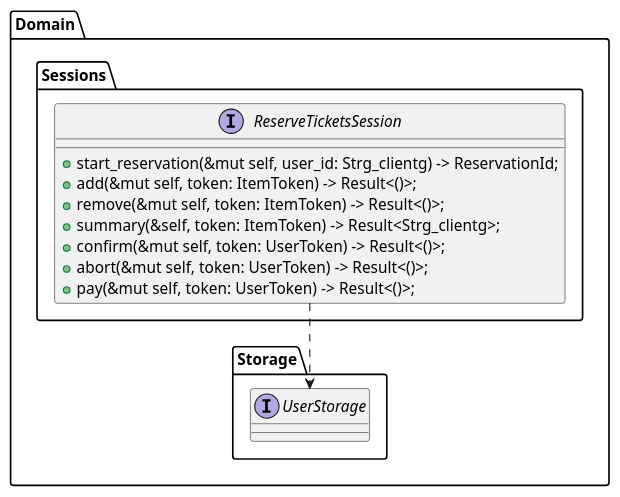
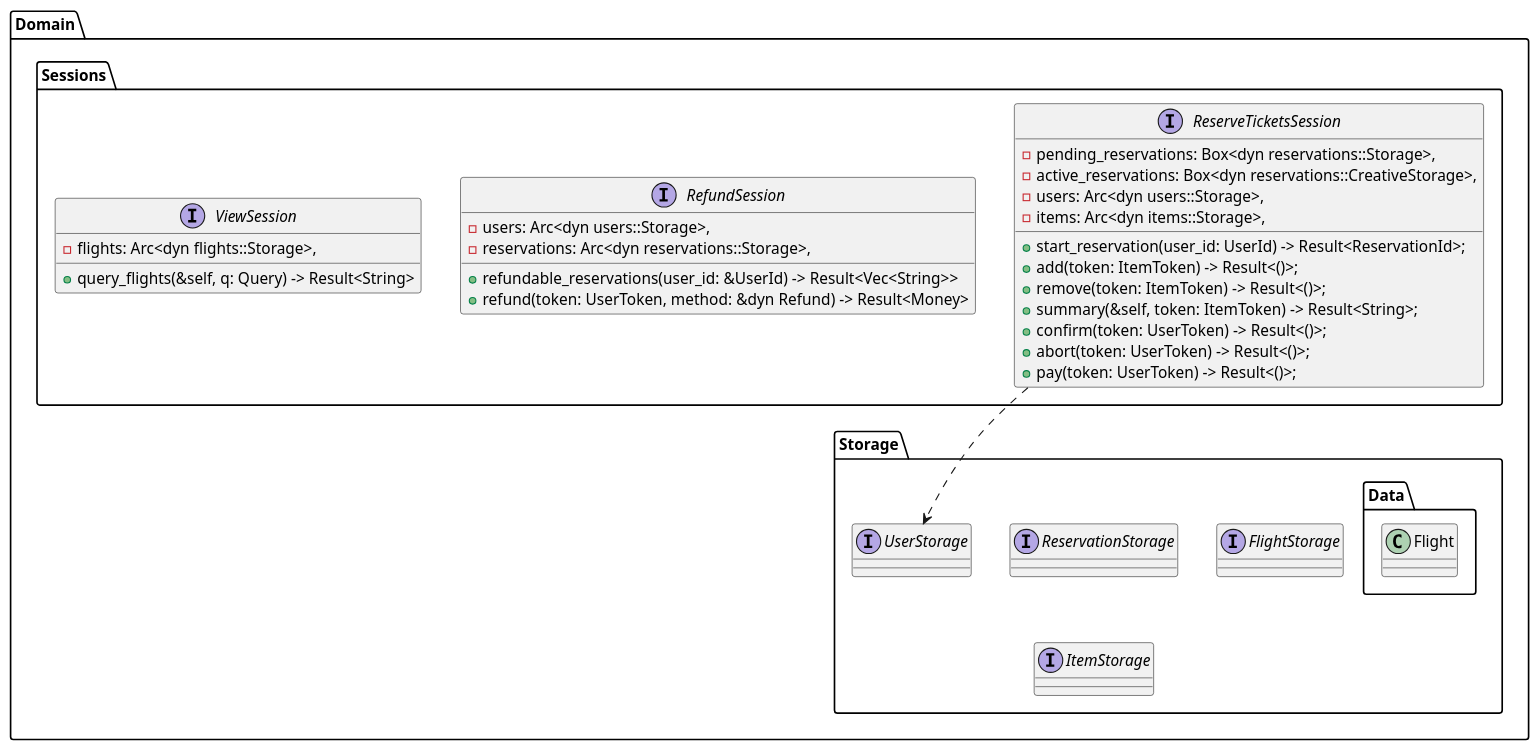
Before and after one commit to Deuchier/flight_manager_V1: the diagram in doc/design/dcd.puml, drawn with PlantUML. The commit also changed 20 other files, not shown here.

```diff
--- a/doc/design/dcd.puml
+++ b/doc/design/dcd.puml
@@ -1,25 +1,52 @@
 @startuml
 
 package Domain {
     package Sessions {
         interface ReserveTicketsSession {
-            +start_reservation(&mut self, user_id: Strg_clientg) -> ReservationId;
-            +add(&mut self, token: ItemToken) -> Result<()>;
-            +remove(&mut self, token: ItemToken) -> Result<()>;
-            +summary(&self, token: ItemToken) -> Result<Strg_clientg>;
-            +confirm(&mut self, token: UserToken) -> Result<()>;
-            +abort(&mut self, token: UserToken) -> Result<()>;
-            +pay(&mut self, token: UserToken) -> Result<()>;
+            -pending_reservations: Box<dyn reservations::Storage>,
+            -active_reservations: Box<dyn reservations::CreativeStorage>,
+            -users: Arc<dyn users::Storage>,
+            -items: Arc<dyn items::Storage>,
+            +start_reservation(user_id: UserId) -> Result<ReservationId>;
+            +add(token: ItemToken) -> Result<()>;
+            +remove(token: ItemToken) -> Result<()>;
+            +summary(&self, token: ItemToken) -> Result<String>;
+            +confirm(token: UserToken) -> Result<()>;
+            +abort(token: UserToken) -> Result<()>;
+            +pay(token: UserToken) -> Result<()>;
+        }
+        
+        interface RefundSession {
+            -users: Arc<dyn users::Storage>,
+            -reservations: Arc<dyn reservations::Storage>,
+            +refundable_reservations(user_id: &UserId) -> Result<Vec<String>>
+            +refund(token: UserToken, method: &dyn Refund) -> Result<Money>
+        }
+
+        interface ViewSession {
+            -flights: Arc<dyn flights::Storage>,
+            +query_flights(&self, q: Query) -> Result<String>
         }
     }
 
     package Storage {
-        interface UserStorage
+        interface UserStorage {
+
+        }
+
+        interface ReservationStorage
+        interface FlightStorage
+        interface ItemStorage
+
+
+        package Data {
+            class Flight
+        }
 
 
     }
 
     ReserveTicketsSession ..> UserStorage
 }
 
 @enduml
```
